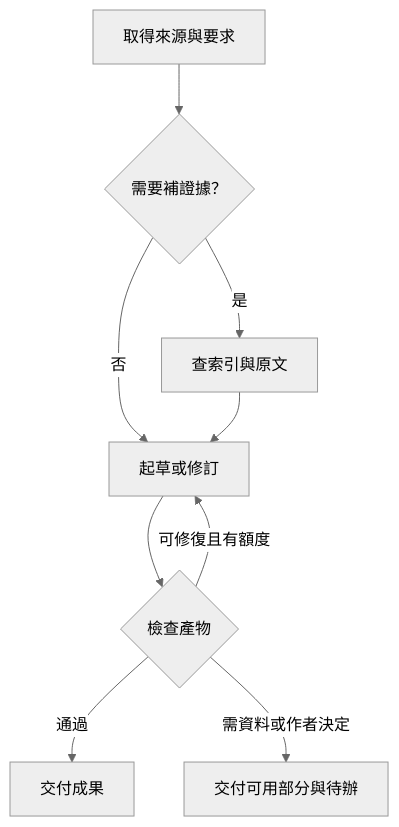
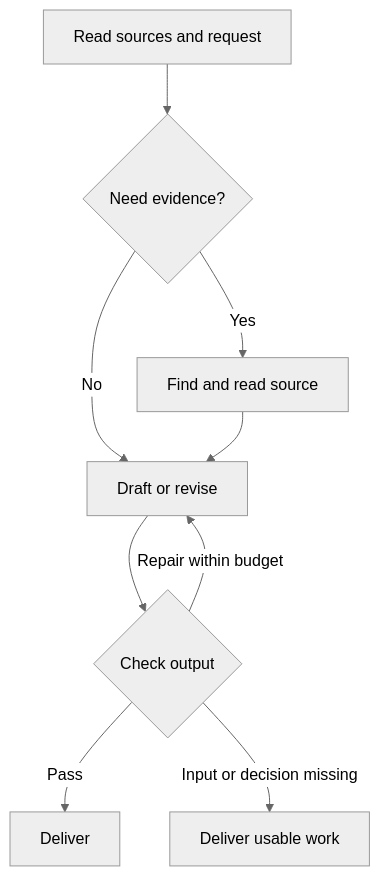
The diagram in skills/storytelling/references/graph-loops.md (bynanci/storytelling), drawn with Mermaid (neutral theme) before and after one commit. The commit also changed other lines of this file and 97 other files, not shown here.

````diff
--- a/skills/storytelling/references/graph-loops.md
+++ b/skills/storytelling/references/graph-loops.md
@@ -19,11 +19,11 @@
 ```mermaid
 flowchart TD
-    I["取得來源與要求"] --> R{"需要補證據？"}
-    R -->|是| F["查索引與原文"]
-    R -->|否| D["起草或修訂"]
+    I["Read sources and request"] --> R{"Need evidence?"}
+    R -->|Yes| F["Find and read source"]
+    R -->|No| D["Draft or revise"]
     F --> D
-    D --> V{"檢查產物"}
-    V -->|通過| O["交付成果"]
-    V -->|可修復且有額度| D
-    V -->|需資料或作者決定| H["交付可用部分與待辦"]
+    D --> V{"Check output"}
+    V -->|Pass| O["Deliver"]
+    V -->|Repair within budget| D
+    V -->|Input or decision missing| H["Deliver usable work"]
 ```
````
